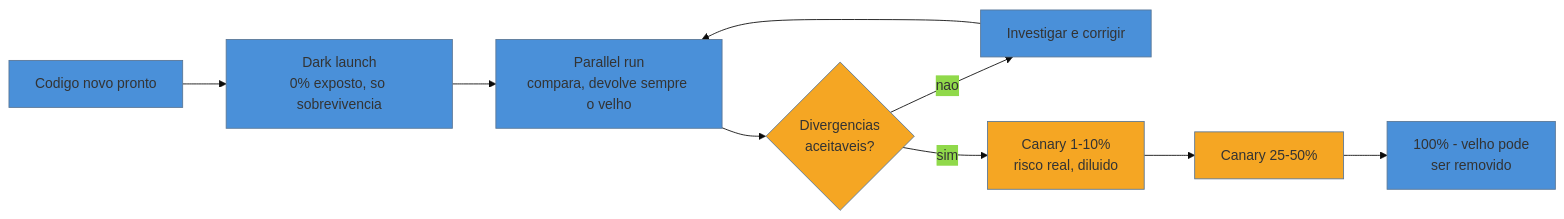
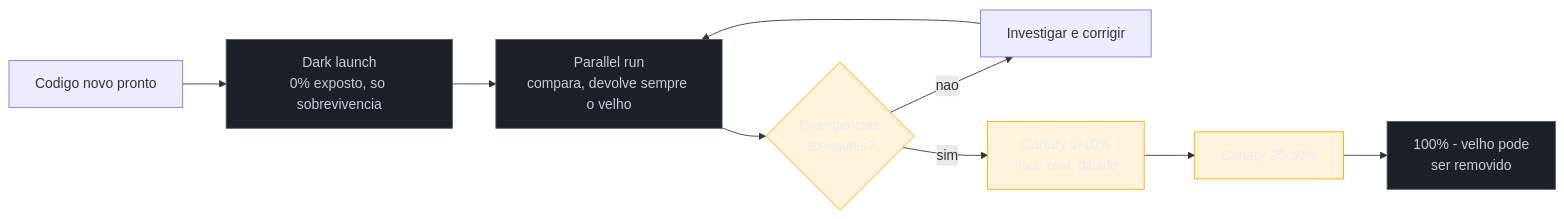
Before and after one commit to josenaldo/codex-technomanticus: the second of 2 diagrams in 03-Dominios/Engenharia/Arqueologia e Restauração de Software/21 - Validação em produção.md, drawn with Mermaid. The commit also changed other lines of this file and 1181 other files, not shown here.

First line of the commit message:
fix(diagramas): paleta do sistema no lugar de cor cravada no markdown

````diff
--- a/03-Dominios/Engenharia/Arqueologia e Restauração de Software/21 - Validação em produção.md
+++ b/03-Dominios/Engenharia/Arqueologia e Restauração de Software/21 - Validação em produção.md
@@ -78,18 +77,19 @@
 ```mermaid
-%%{init: {"theme": "base", "themeVariables": {"primaryColor": "#4A90D9"}}}%%
 flowchart LR
+    classDef neutro fill:#1B2029,stroke:#4E5666,color:#C6CCD8
+    classDef destaque fill:#FFAA0024,stroke:#FFAA00,color:#E9ECF2
     A[Codigo novo pronto] --> B[Dark launch<br/>0% exposto, so sobrevivencia]
     B --> C[Parallel run<br/>compara, devolve sempre o velho]
     C --> D{Divergencias<br/>aceitaveis?}
     D -->|nao| E[Investigar e corrigir]
     E --> C
     D -->|sim| F[Canary 1-10%<br/>risco real, diluido]
     F --> G[Canary 25-50%]
     G --> H[100% - velho pode<br/>ser removido]
-    style B fill:#4A90D9
-    style C fill:#4A90D9
-    style D fill:#F5A623
-    style F fill:#F5A623
-    style G fill:#F5A623
-    style H fill:#4A90D9
+    class B neutro
+    class C neutro
+    class D destaque
+    class F destaque
+    class G destaque
+    class H neutro
 ```
````
